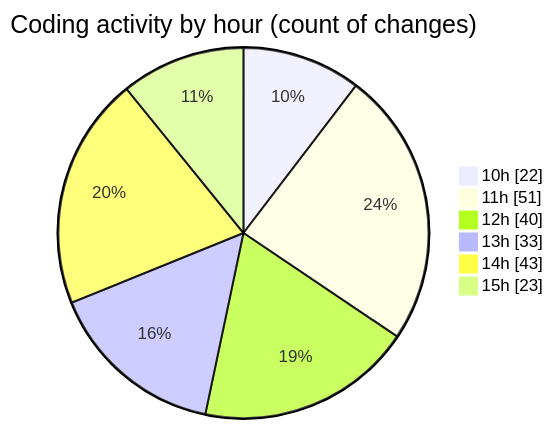
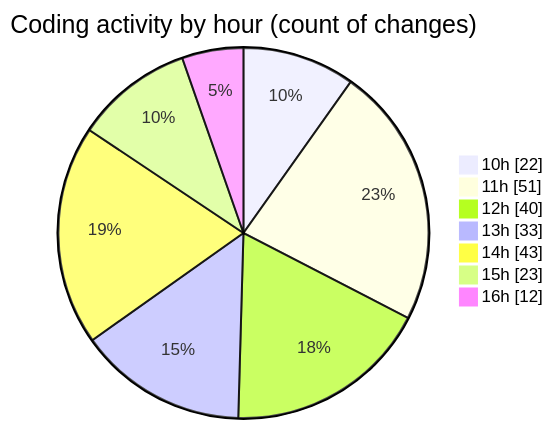
The second of 2 diagrams in 2025-04-29/cda/README.md (momahboobian/code-tracking), drawn with Mermaid before and after one commit. The commit also changed other lines of this file and 1 other file, not shown here.

````diff
--- a/2025-04-29/cda/README.md
+++ b/2025-04-29/cda/README.md
@@ -55,10 +55,11 @@
 ```mermaid
 pie showData
 title Coding activity by hour (count of changes)
 "10h" : 22
 "11h" : 51
 "12h" : 40
 "13h" : 33
 "14h" : 43
 "15h" : 23
+"16h" : 12
 ```
````
